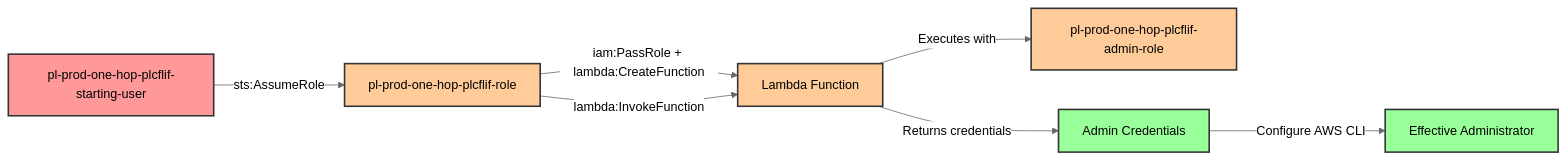
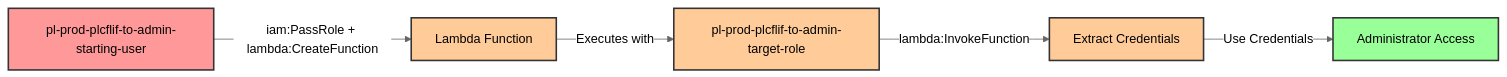
The diagram in modules/scenarios/single-account/privesc-one-hop/to-admin/iam-passrole+lambda-createfunction+lambda-invokefunction/README.md (DataDog/pathfinding-labs), drawn with Mermaid (neutral theme) before and after one commit. The commit also changed other lines of this file and 127 other files, not shown here.

````diff
--- a/modules/scenarios/single-account/privesc-one-hop/to-admin/iam-passrole+lambda-createfunction+lambda-invokefunction/README.md
+++ b/modules/scenarios/single-account/privesc-one-hop/to-admin/iam-passrole+lambda-createfunction+lambda-invokefunction/README.md
@@ -26,16 +28,13 @@
 ```mermaid
 graph LR
-    A[pl-prod-one-hop-plcflif-starting-user] -->|sts:AssumeRole| B[pl-prod-one-hop-plcflif-role]
-    B -->|iam:PassRole + lambda:CreateFunction| C[Lambda Function]
-    C -->|Executes with| D[pl-prod-one-hop-plcflif-admin-role]
-    B -->|lambda:InvokeFunction| C
-    C -->|Returns credentials| E[Admin Credentials]
-    E -->|Configure AWS CLI| F[Effective Administrator]
+    A[pl-prod-plcflif-to-admin-starting-user] -->|iam:PassRole + lambda:CreateFunction| B[Lambda Function]
+    B -->|Executes with| C[pl-prod-plcflif-to-admin-target-role]
+    C -->|lambda:InvokeFunction| D[Extract Credentials]
+    D -->|Use Credentials| E[Administrator Access]
 
     style A fill:#ff9999,stroke:#333,stroke-width:2px
     style B fill:#ffcc99,stroke:#333,stroke-width:2px
     style C fill:#ffcc99,stroke:#333,stroke-width:2px
     style D fill:#ffcc99,stroke:#333,stroke-width:2px
     style E fill:#99ff99,stroke:#333,stroke-width:2px
-    style F fill:#99ff99,stroke:#333,stroke-width:2px
 ```
````
